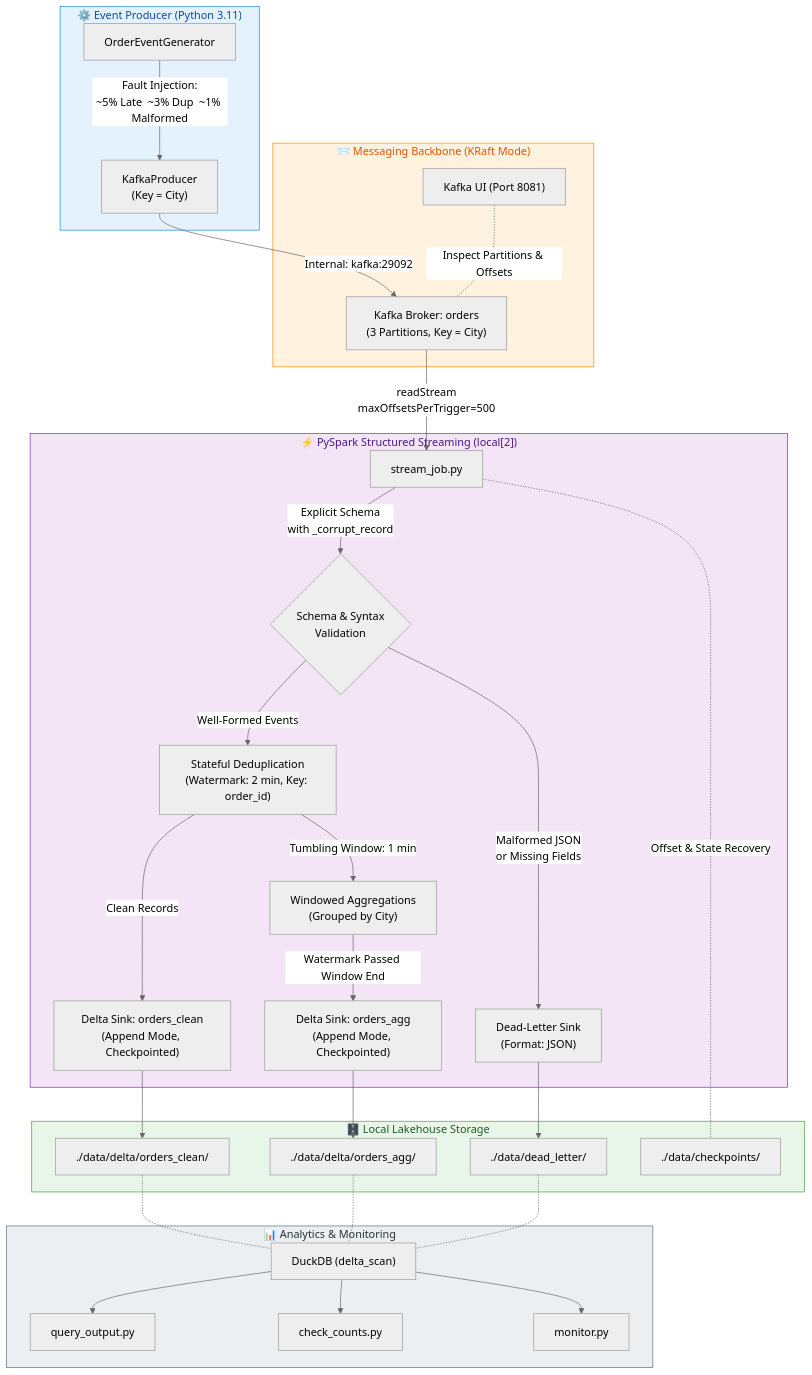
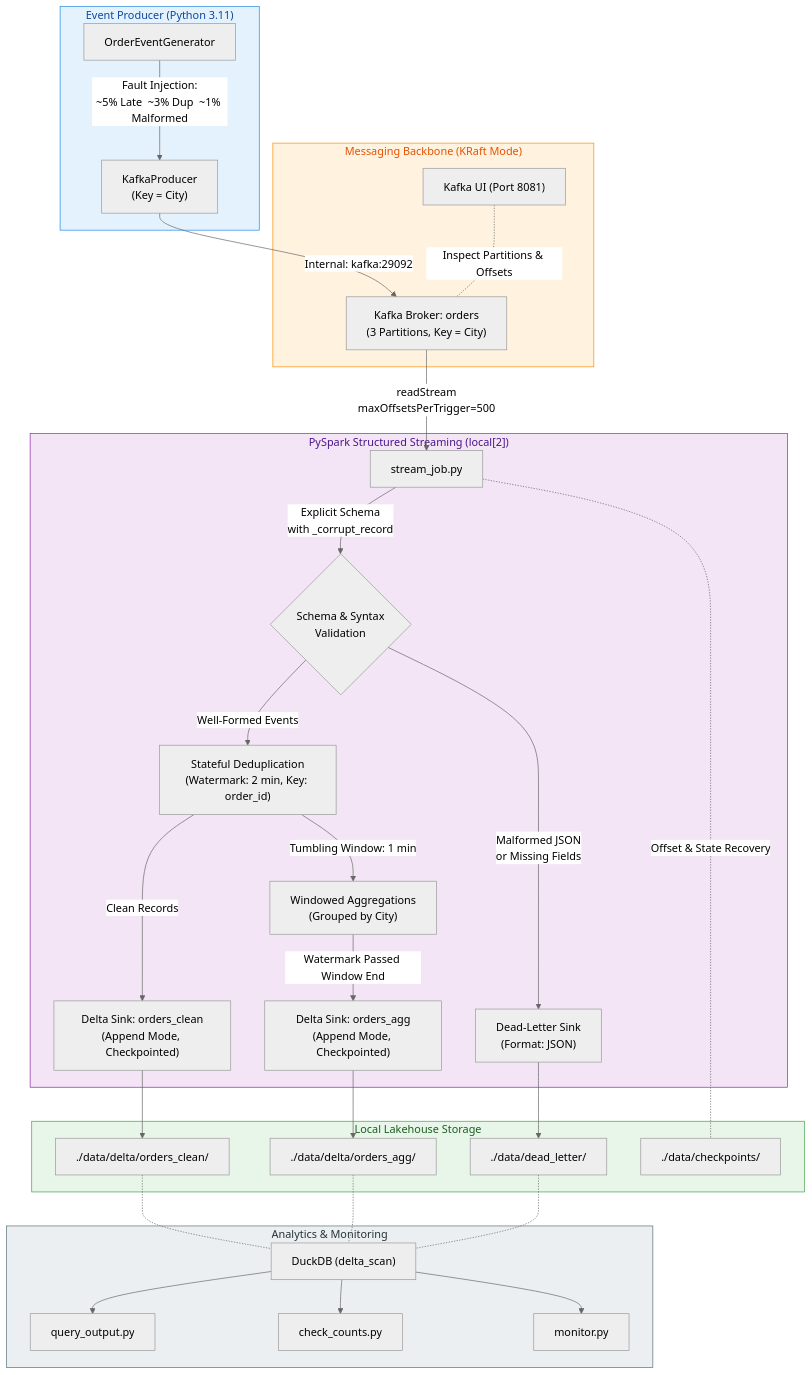
Before and after one commit to Sohamm24/realtime-data-streaming-using-kafka: the diagram in README.md, drawn with Mermaid (neutral theme). The commit also changed other lines of this file, not shown here.

````diff
--- a/README.md
+++ b/README.md
@@ -53,45 +53,45 @@
 ```mermaid
 flowchart TD
-    subgraph Data_Generation["⚙️ Event Producer (Python 3.11)"]
+    subgraph Data_Generation[" Event Producer (Python 3.11)"]
         G["OrderEventGenerator"] -->|"Fault Injection:\n~5% Late  ~3% Dup  ~1% Malformed"| P["KafkaProducer\n(Key = City)"]
     end
 
-    subgraph Messaging_Backbone["📨 Messaging Backbone (KRaft Mode)"]
+    subgraph Messaging_Backbone[" Messaging Backbone (KRaft Mode)"]
         P -->|"Internal: kafka:29092"| K["Kafka Broker: orders\n(3 Partitions, Key = City)"]
         KUI["Kafka UI (Port 8081)"] -.-|"Inspect Partitions & Offsets"| K
     end
 
-    subgraph Stream_Engine["⚡ PySpark Structured Streaming (local[2])"]
+    subgraph Stream_Engine[" PySpark Structured Streaming (local[2])"]
         K -->|"readStream\nmaxOffsetsPerTrigger=500"| S["stream_job.py"]
         S -->|"Explicit Schema\nwith _corrupt_record"| SPLIT{"Schema & Syntax\nValidation"}
 
         SPLIT -->|"Malformed JSON\nor Missing Fields"| DLQ["Dead-Letter Sink\n(Format: JSON)"]
         SPLIT -->|"Well-Formed Events"| DEDUP["Stateful Deduplication\n(Watermark: 2 min, Key: order_id)"]
 
         DEDUP -->|"Clean Records"| CLEAN_SINK["Delta Sink: orders_clean\n(Append Mode, Checkpointed)"]
         DEDUP -->|"Tumbling Window: 1 min"| WIN["Windowed Aggregations\n(Grouped by City)"]
         WIN -->|"Watermark Passed Window End"| AGG_SINK["Delta Sink: orders_agg\n(Append Mode, Checkpointed)"]
     end
 
-    subgraph Storage_Layer["🗄️ Local Lakehouse Storage"]
+    subgraph Storage_Layer[" Local Lakehouse Storage"]
         DLQ --> FS_DLQ["./data/dead_letter/"]
         CLEAN_SINK --> FS_CLEAN["./data/delta/orders_clean/"]
         AGG_SINK --> FS_AGG["./data/delta/orders_agg/"]
         S -.-|"Offset & State Recovery"| FS_CHK["./data/checkpoints/"]
     end
 
-    subgraph Analytics_Consumption["📊 Analytics & Monitoring"]
+    subgraph Analytics_Consumption[" Analytics & Monitoring"]
         FS_CLEAN -.- DUCK["DuckDB (delta_scan)"]
         FS_AGG -.- DUCK
         FS_DLQ -.- DUCK
         DUCK --> QRY["query_output.py"]
         DUCK --> CNT["check_counts.py"]
         DUCK --> MON["monitor.py"]
     end
 
     style Data_Generation fill:#E3F2FD,stroke:#1E88E5,color:#0D47A1
     style Messaging_Backbone fill:#FFF3E0,stroke:#FB8C00,color:#E65100
     style Stream_Engine fill:#F3E5F5,stroke:#8E24AA,color:#4A148C
     style Storage_Layer fill:#E8F5E9,stroke:#43A047,color:#1B5E20
     style Analytics_Consumption fill:#ECEFF1,stroke:#546E7A,color:#263238
 ```
````
